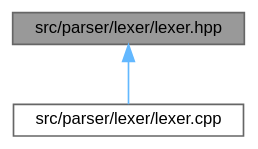
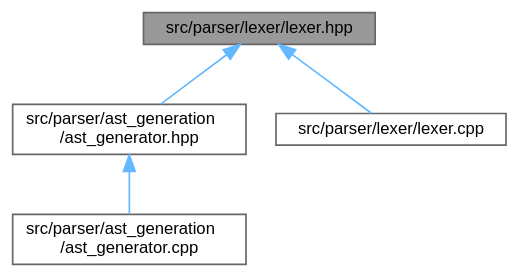
The diagram in pebbl/docs/lexer_8hpp__dep__incl.dot (kejunp/kejunp.github.io), drawn with Graphviz before and after one commit. The commit also changed 121 other files, not shown here.

```diff
--- a/pebbl/docs/lexer_8hpp__dep__incl.dot
+++ b/pebbl/docs/lexer_8hpp__dep__incl.dot
@@ -1,10 +1,14 @@
 digraph "src/parser/lexer/lexer.hpp"
 {
  // LATEX_PDF_SIZE
   bgcolor="transparent";
   edge [fontname=Helvetica,fontsize=10,labelfontname=Helvetica,labelfontsize=10];
   node [fontname=Helvetica,fontsize=10,shape=box,height=0.2,width=0.4];
   Node1 [id="Node000001",label="src/parser/lexer/lexer.hpp",height=0.2,width=0.4,color="gray40", fillcolor="grey60", style="filled", fontcolor="black",tooltip=" "];
   Node1 -> Node2 [id="edge1_Node000001_Node000002",dir="back",color="steelblue1",style="solid",tooltip=" "];
-  Node2 [id="Node000002",label="src/parser/lexer/lexer.cpp",height=0.2,width=0.4,color="grey40", fillcolor="white", style="filled",URL="$lexer_8cpp.html",tooltip=" "];
+  Node2 [id="Node000002",label="src/parser/ast_generation\l/ast_generator.hpp",height=0.2,width=0.4,color="grey40", fillcolor="white", style="filled",URL="$ast__generator_8hpp.html",tooltip=" "];
+  Node2 -> Node3 [id="edge2_Node000002_Node000003",dir="back",color="steelblue1",style="solid",tooltip=" "];
+  Node3 [id="Node000003",label="src/parser/ast_generation\l/ast_generator.cpp",height=0.2,width=0.4,color="grey40", fillcolor="white", style="filled",URL="$ast__generator_8cpp.html",tooltip=" "];
+  Node1 -> Node4 [id="edge3_Node000001_Node000004",dir="back",color="steelblue1",style="solid",tooltip=" "];
+  Node4 [id="Node000004",label="src/parser/lexer/lexer.cpp",height=0.2,width=0.4,color="grey40", fillcolor="white", style="filled",URL="$lexer_8cpp.html",tooltip=" "];
 }
```
